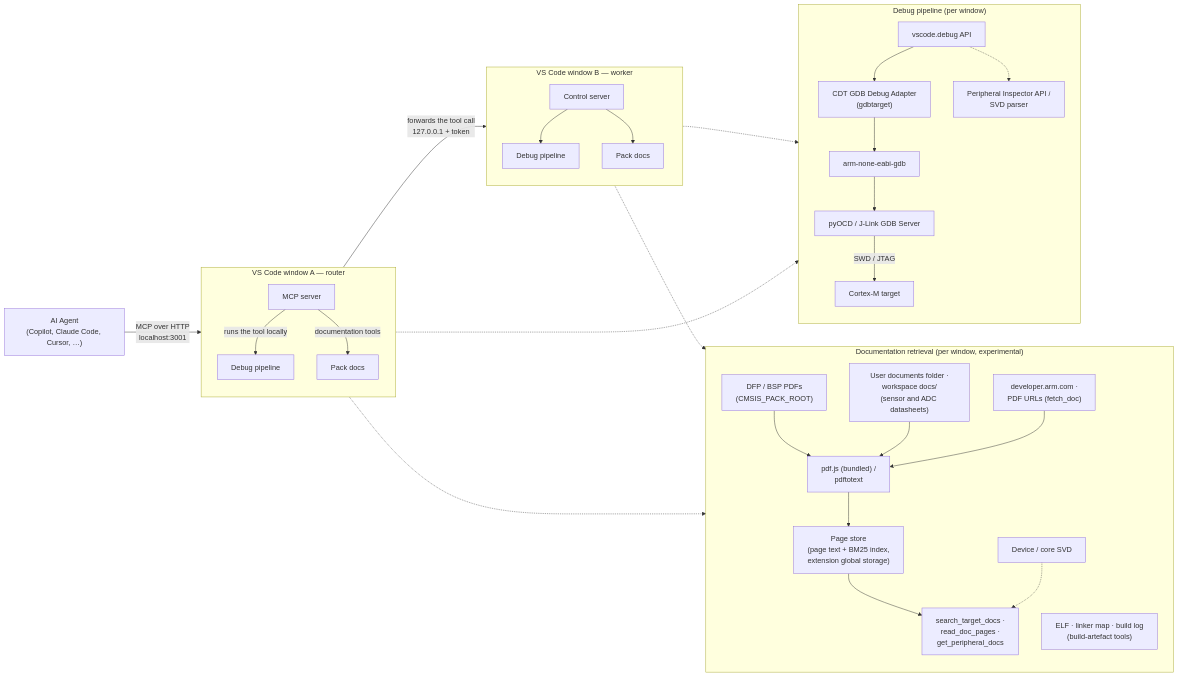
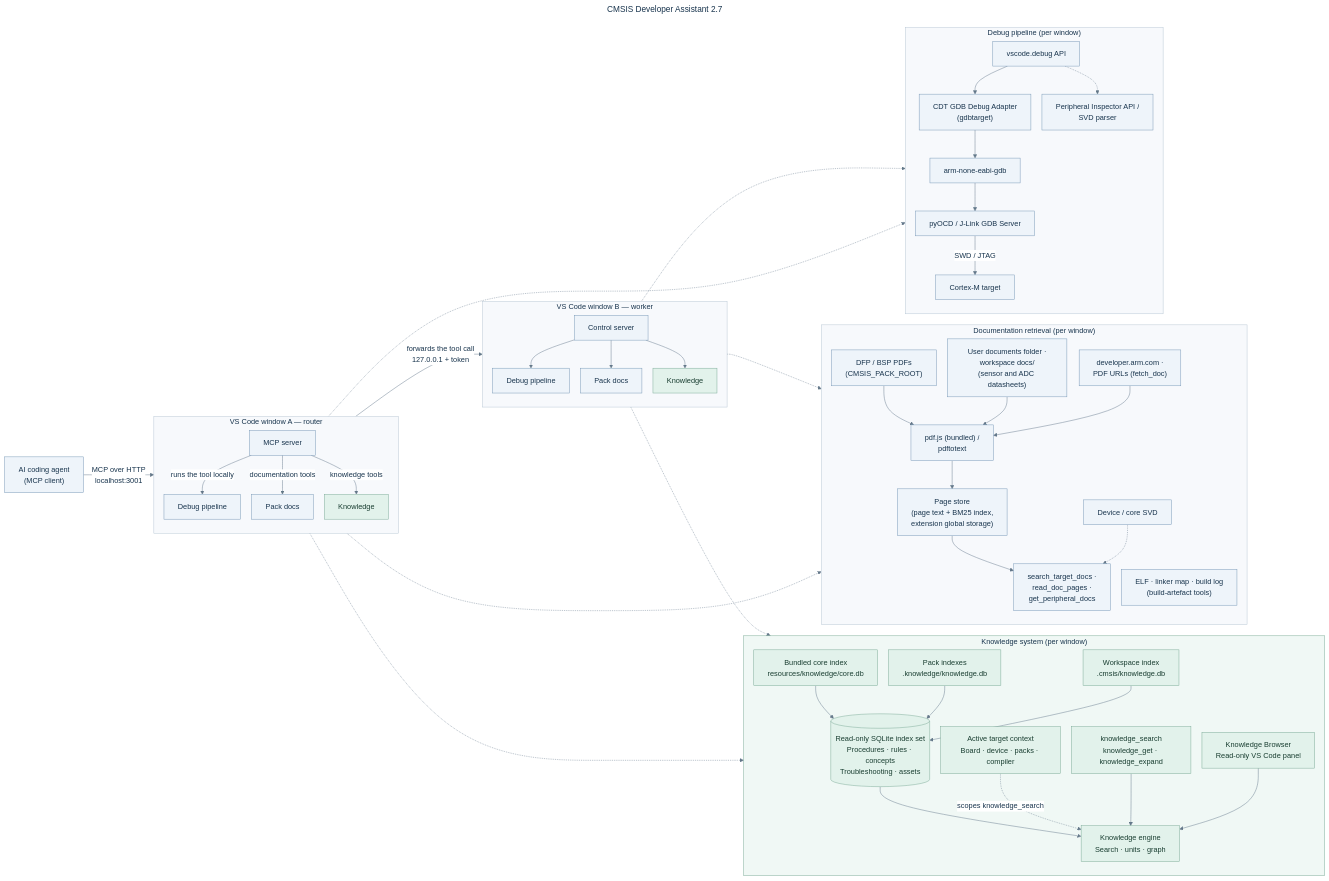
The diagram in assets/architecture.mmd (MatthiasHertelArm/CMSIS-Developer-Assistant), drawn with Mermaid before and after one commit.

Commit message:
docs: update architecture diagram for knowledge system

```diff
--- a/assets/architecture.mmd
+++ b/assets/architecture.mmd
@@ -1,49 +1,91 @@
-%% Architecture of the CMSIS Developer Assistant.
-%% Export to assets/architecture.png (used by the README) after editing:
+---
+title: CMSIS Developer Assistant 2.7
+config:
+    theme: base
+    themeVariables:
+        fontFamily: Arial, sans-serif
+        fontSize: 16px
+        primaryColor: '#eef4fa'
+        primaryTextColor: '#18344d'
+        primaryBorderColor: '#7394b3'
+        lineColor: '#64788a'
+        clusterBkg: '#f7f9fc'
+        clusterBorder: '#b5c4d2'
+        edgeLabelBackground: '#ffffff'
+        titleColor: '#18344d'
+    flowchart:
+        useMaxWidth: false
+        nodeSpacing: 24
+        rankSpacing: 36
+---
+%% Architecture of the CMSIS Developer Assistant 2.7.
+%% Export to assets/architecture.png (used by the user guide) after editing:
 %%   npm run diagram
 %% (mermaid-cli with the local Chrome; opaque background so the extension page renders it in dark themes too).
 flowchart LR
-    agent["AI Agent<br/>(Copilot, Claude Code, Cursor, …)"]
+    accTitle: CMSIS Developer Assistant 2.7 architecture
+    accDescr: MCP calls are routed to the workspace's VS Code window. Each window provides debugging, documentation and build information, and an always-on knowledge system. Knowledge tools and the Knowledge Browser share read-only core, pack and workspace indexes; the active target scopes knowledge_search and optionally browser searches.
+    agent["AI coding agent<br/>(MCP client)"]
     agent -- "MCP over HTTP<br/>localhost:3001" --> srvA
 
     subgraph router["VS Code window A — router"]
         direction TB
         srvA["MCP server"]
         srvA -- "runs the tool locally" --> dbgA["Debug pipeline"]
         srvA -- "documentation tools" --> docsA["Pack docs"]
+        srvA -- "knowledge tools" --> knowledgeA["Knowledge"]
     end
 
     srvA -- "forwards the tool call<br/>127.0.0.1 + token" --> srvB
 
     subgraph worker["VS Code window B — worker"]
         direction TB
         srvB["Control server"]
         srvB --> dbgB["Debug pipeline"]
         srvB --> docsB["Pack docs"]
+        srvB --> knowledgeB["Knowledge"]
     end
 
     subgraph pipeline["Debug pipeline (per window)"]
         direction TB
         api["vscode.debug API"] --> cdt["CDT GDB Debug Adapter<br/>(gdbtarget)"]
         cdt --> gdb["arm-none-eabi-gdb"]
         gdb --> server["pyOCD / J-Link GDB Server"]
         server -- "SWD / JTAG" --> target["Cortex-M target"]
         api -.-> svd["Peripheral Inspector API /<br/>SVD parser"]
     end
 
-    subgraph docs["Documentation retrieval (per window, experimental)"]
+    subgraph docs["Documentation retrieval (per window)"]
         direction TB
         store["Page store<br/>(page text + BM25 index,<br/>extension global storage)"]
         extract["pdf.js (bundled) /<br/>pdftotext"] --> store
         packs["DFP / BSP PDFs<br/>(CMSIS_PACK_ROOT)"] --> extract
         user["User documents folder ·<br/>workspace docs/<br/>(sensor and ADC datasheets)"] --> extract
         web["developer.arm.com ·<br/>PDF URLs (fetch_doc)"] --> extract
         store --> search["search_target_docs ·<br/>read_doc_pages ·<br/>get_peripheral_docs"]
         svdDocs["Device / core SVD"] -.-> search
         build["ELF · linker map · build log<br/>(build-artefact tools)"]
     end
 
+    subgraph knowledge["Knowledge system (per window)"]
+        direction TB
+        coreIndex["Bundled core index<br/>resources/knowledge/core.db"]
+        packIndexes["Pack indexes<br/>.knowledge/knowledge.db"]
+        workspaceIndex["Workspace index<br/>.cmsis/knowledge.db"]
+        coreIndex & packIndexes & workspaceIndex --> indexes[("Read-only SQLite index set<br/>Procedures · rules · concepts<br/>Troubleshooting · assets")]
+        indexes --> engine["Knowledge engine<br/>Search · units · graph"]
+        context["Active target context<br/>Board · device · packs · compiler"] -. "scopes knowledge_search" .-> engine
+        knowledgeTools["knowledge_search<br/>knowledge_get · knowledge_expand"] --> engine
+        browser["Knowledge Browser<br/>Read-only VS Code panel"] --> engine
+    end
+
     dbgA -.-> pipeline
     dbgB -.-> pipeline
     docsA -.-> docs
     docsB -.-> docs
+    knowledgeA -.-> knowledge
+    knowledgeB -.-> knowledge
+
+    style knowledge fill:#f0f8f5,stroke:#77a793
+    classDef knowledgeNode fill:#e2f2eb,stroke:#77a793,color:#183d30
+    class knowledgeA,knowledgeB,coreIndex,packIndexes,workspaceIndex,indexes,engine,context,knowledgeTools,browser knowledgeNode
```
